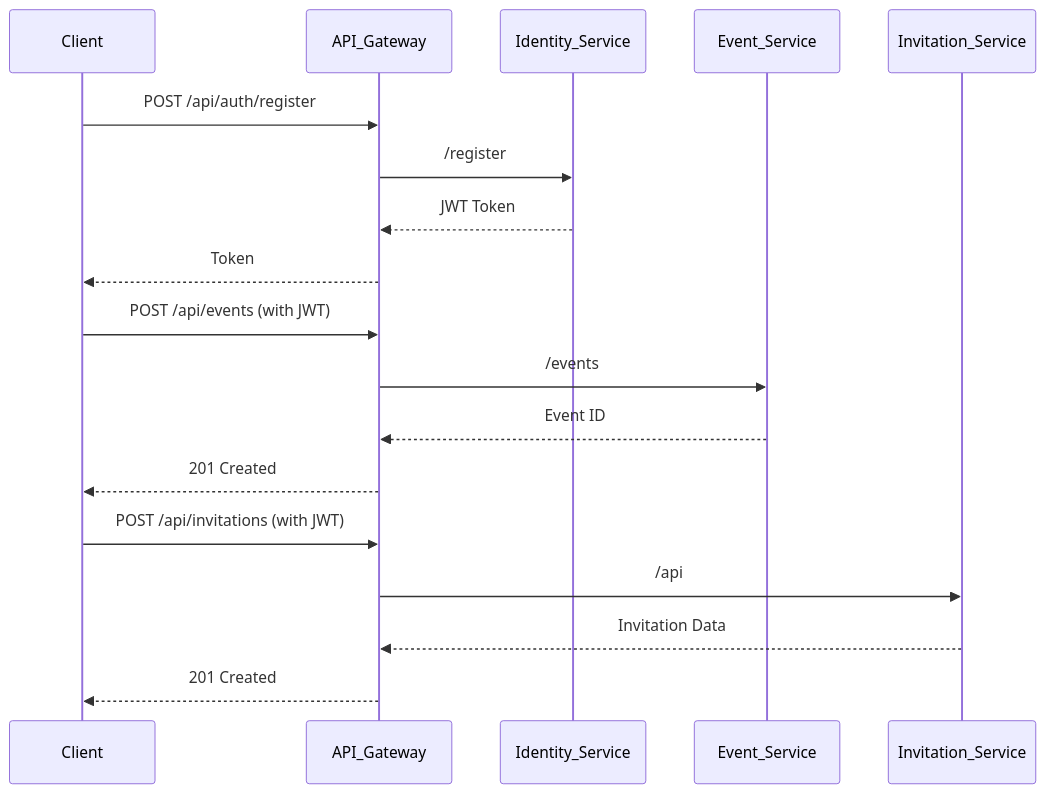
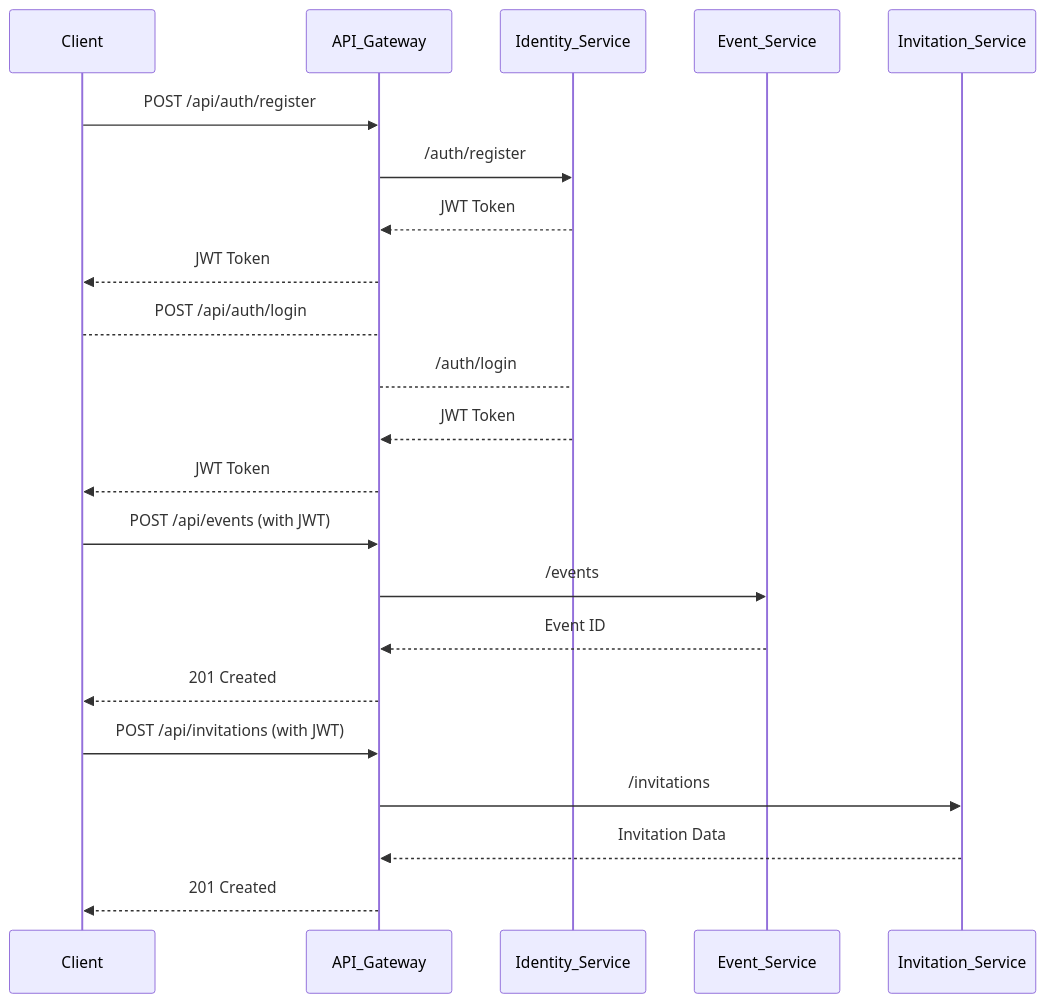
The second of 2 diagrams in README.md (eugenetedkim/olive-table), drawn with Mermaid before and after one commit.

````diff
--- a/README.md
+++ b/README.md
@@ -279,23 +279,28 @@
 ```mermaid
 sequenceDiagram
     participant Client
     participant API_Gateway
     participant Identity_Service
     participant Event_Service
     participant Invitation_Service
 
     Client->>API_Gateway: POST /api/auth/register
-    API_Gateway->>Identity_Service: /register
+    API_Gateway->>Identity_Service: /auth/register
     Identity_Service-->>API_Gateway: JWT Token
-    API_Gateway-->>Client: Token
-    
+    API_Gateway-->>Client: JWT Token
+
+    Client-->API_Gateway: POST /api/auth/login
+    API_Gateway-->Identity_Service: /auth/login
+    Identity_Service-->>API_Gateway: JWT Token
+    API_Gateway-->>Client: JWT Token
+        
     Client->>API_Gateway: POST /api/events (with JWT)
     API_Gateway->>Event_Service: /events
     Event_Service-->>API_Gateway: Event ID
     API_Gateway-->>Client: 201 Created
     
     Client->>API_Gateway: POST /api/invitations (with JWT)
-    API_Gateway->>Invitation_Service: /api
+    API_Gateway->>Invitation_Service: /invitations
     Invitation_Service-->>API_Gateway: Invitation Data
     API_Gateway-->>Client: 201 Created
 ```
````
